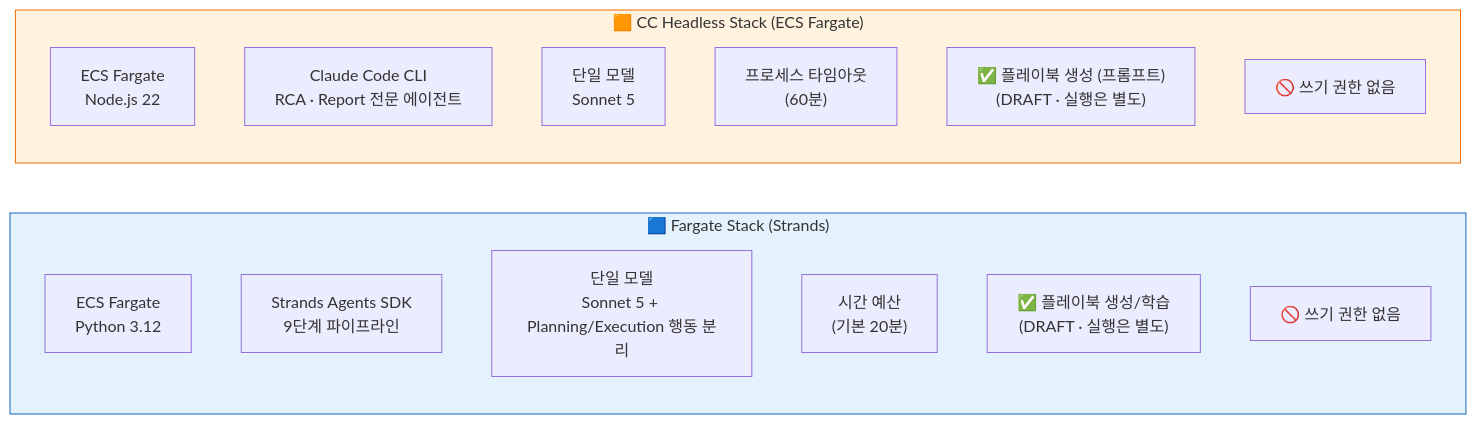
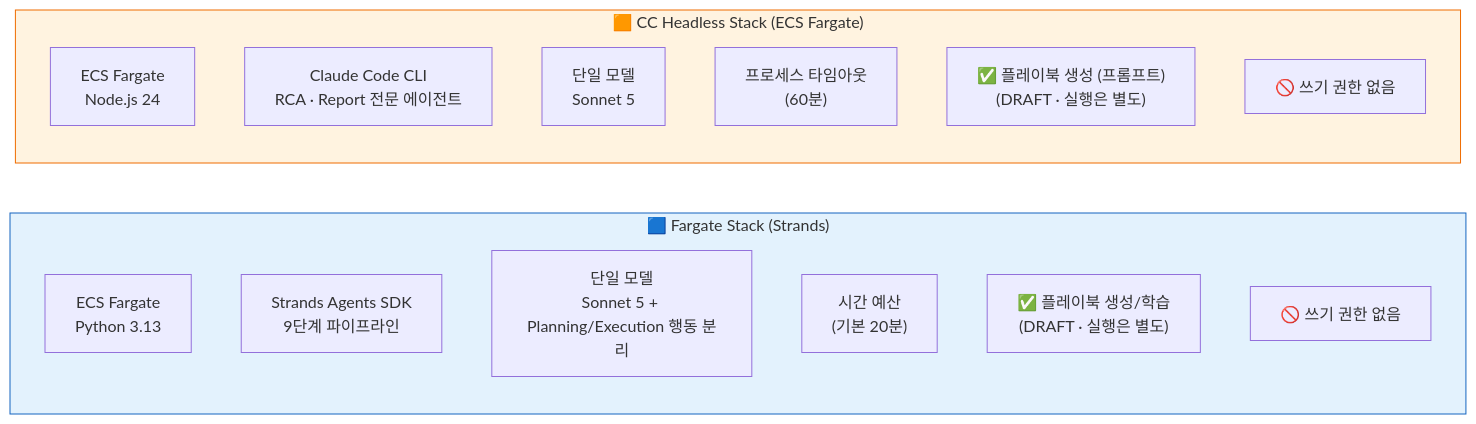
Before and after one commit to haandol/rca-agent: the fifth of 25 diagrams in docs/system-guide-for-ops.md, drawn with Mermaid. The commit also changed 16 other files, not shown here.

First line of the commit message:
chore: raise the runtime floor to Node 24 and Python 3.13

````diff
--- a/docs/system-guide-for-ops.md
+++ b/docs/system-guide-for-ops.md
@@ -320,25 +320,25 @@
 ```mermaid
 graph LR
     subgraph Fargate["🟦 Fargate Stack (Strands)"]
         direction TB
-        F_ENV["ECS Fargate<br/>Python 3.12"]
+        F_ENV["ECS Fargate<br/>Python 3.13"]
         F_SDK["Strands Agents SDK<br/>9단계 파이프라인"]
         F_MODEL["단일 모델<br/>Sonnet 5 + Planning/Execution 행동 분리"]
         F_TIME["시간 예산<br/>(기본 20분)"]
         F_PLAY["✅ 플레이북 생성/학습<br/>(DRAFT · 실행은 별도)"]
         F_WRITE["🚫 쓰기 권한 없음"]
     end
 
     subgraph CcStack["🟧 CC Headless Stack (ECS Fargate)"]
         direction TB
-        L_ENV["ECS Fargate<br/>Node.js 22"]
+        L_ENV["ECS Fargate<br/>Node.js 24"]
         L_SDK["Claude Code CLI<br/>RCA · Report 전문 에이전트"]
         L_MODEL["단일 모델<br/>Sonnet 5"]
         L_TIME["프로세스 타임아웃<br/>(60분)"]
         L_PLAY["✅ 플레이북 생성 (프롬프트)<br/>(DRAFT · 실행은 별도)"]
         L_WRITE["🚫 쓰기 권한 없음"]
     end
 
     style Fargate fill:#e3f2fd,stroke:#1565c0
     style CcStack fill:#fff3e0,stroke:#ef6c00
 ```
````
